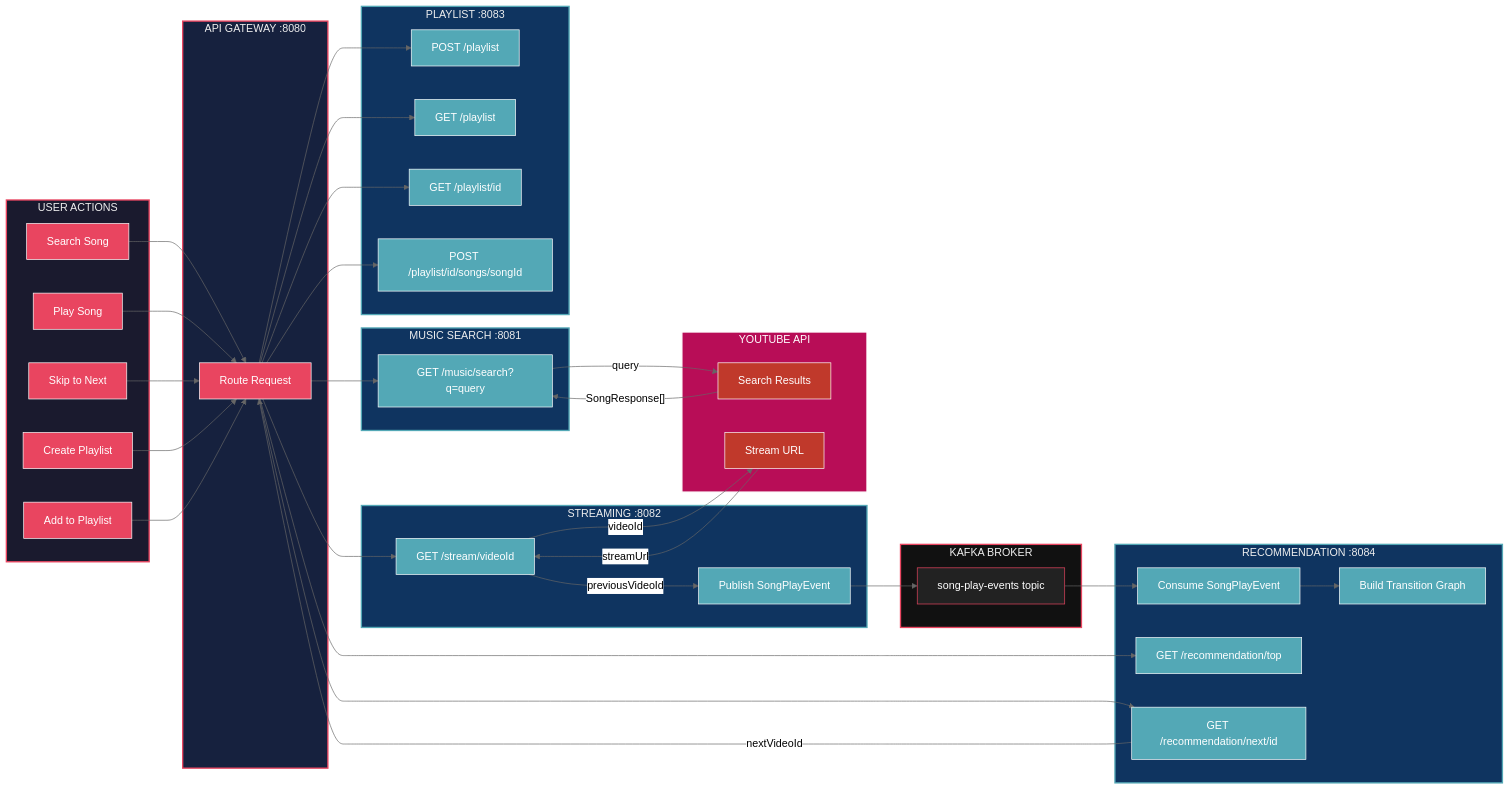
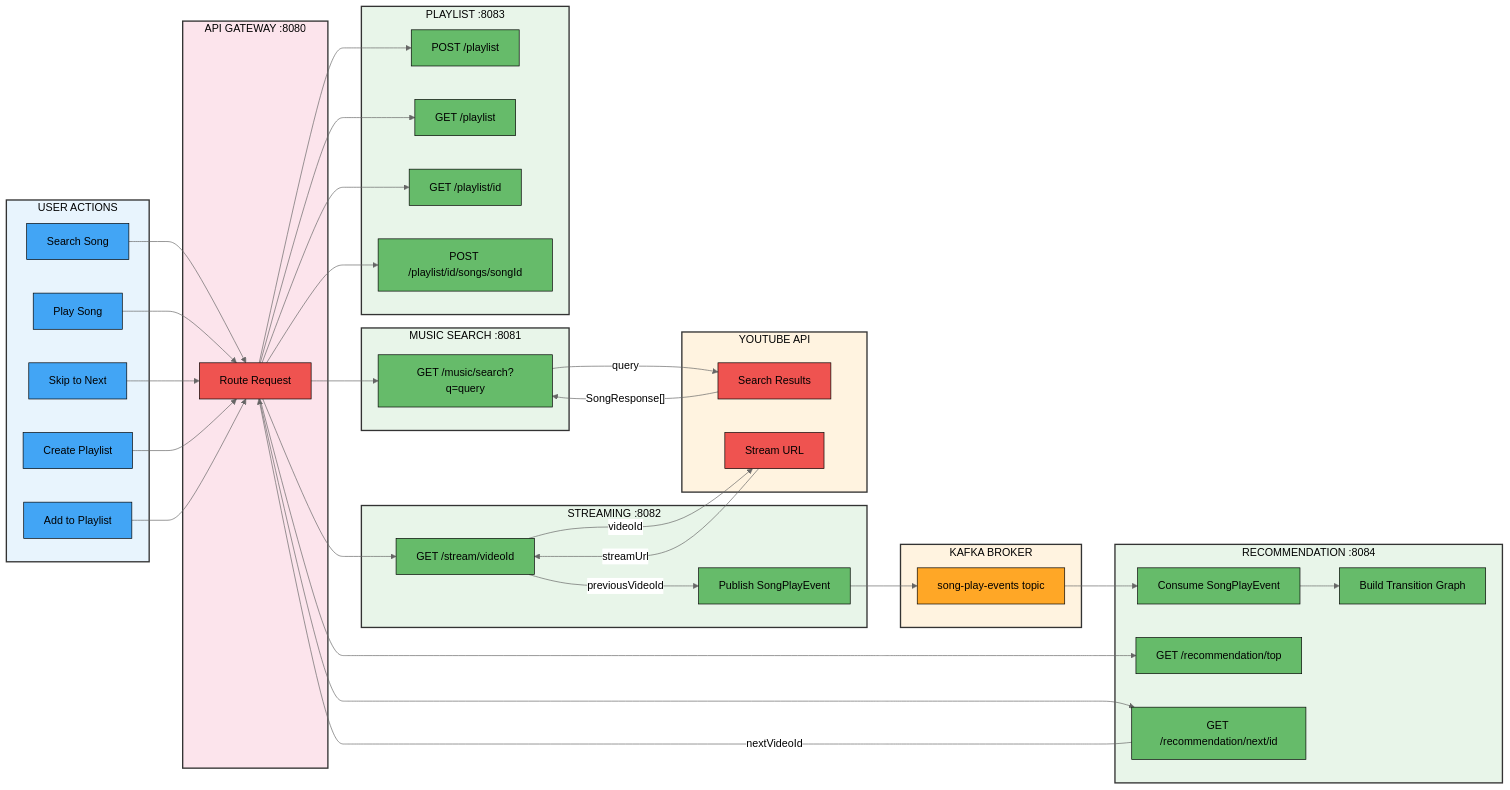
The second of 2 diagrams in README.md (Ankit-Jaipuriar/Harmony-Music-Streaming-Platform), drawn with Mermaid (neutral theme) before and after one commit. The commit also changed other lines of this file, not shown here.

````diff
--- a/README.md
+++ b/README.md
@@ -193,33 +193,33 @@
     G1 --> P2
     G1 --> P3
 
-    style USER fill:#1a1a2e,stroke:#e94560,stroke-width:2px,color:#eee
-    style GATEWAY fill:#16213e,stroke:#e94560,stroke-width:2px,color:#eee
-    style SEARCH fill:#0f3460,stroke:#53a8b6,stroke-width:2px,color:#eee
-    style STREAM fill:#0f3460,stroke:#53a8b6,stroke-width:2px,color:#eee
-    style KAFKA fill:#111,stroke:#e94560,stroke-width:2px,color:#eee
-    style RECOMMEND fill:#0f3460,stroke:#53a8b6,stroke-width:2px,color:#eee
-    style PLAYLIST fill:#0f3460,stroke:#53a8b6,stroke-width:2px,color:#eee
-    style YOUTUBE fill:#b80d57,stroke:#fff,stroke-width:2px,color:#fff
+    style USER fill:#e8f4fd,stroke:#333,stroke-width:2px,color:#000
+    style GATEWAY fill:#fce4ec,stroke:#333,stroke-width:2px,color:#000
+    style SEARCH fill:#e8f5e9,stroke:#333,stroke-width:2px,color:#000
+    style STREAM fill:#e8f5e9,stroke:#333,stroke-width:2px,color:#000
+    style KAFKA fill:#fff3e0,stroke:#333,stroke-width:2px,color:#000
+    style RECOMMEND fill:#e8f5e9,stroke:#333,stroke-width:2px,color:#000
+    style PLAYLIST fill:#e8f5e9,stroke:#333,stroke-width:2px,color:#000
+    style YOUTUBE fill:#fff3e0,stroke:#333,stroke-width:2px,color:#000
 
-    style U1 fill:#e94560,stroke:#fff,stroke-width:1px,color:#fff
-    style U2 fill:#e94560,stroke:#fff,stroke-width:1px,color:#fff
-    style U3 fill:#e94560,stroke:#fff,stroke-width:1px,color:#fff
-    style U4 fill:#e94560,stroke:#fff,stroke-width:1px,color:#fff
-    style U5 fill:#e94560,stroke:#fff,stroke-width:1px,color:#fff
-    style G1 fill:#e94560,stroke:#fff,stroke-width:1px,color:#fff
-    style S1 fill:#53a8b6,stroke:#fff,stroke-width:1px,color:#fff
-    style ST1 fill:#53a8b6,stroke:#fff,stroke-width:1px,color:#fff
-    style ST2 fill:#53a8b6,stroke:#fff,stroke-width:1px,color:#fff
-    style K1 fill:#222,stroke:#e94560,stroke-width:1px,color:#fff
-    style R1 fill:#53a8b6,stroke:#fff,stroke-width:1px,color:#fff
-    style R2 fill:#53a8b6,stroke:#fff,stroke-width:1px,color:#fff
-    style R3 fill:#53a8b6,stroke:#fff,stroke-width:1px,color:#fff
-    style R4 fill:#53a8b6,stroke:#fff,stroke-width:1px,color:#fff
-    style P1 fill:#53a8b6,stroke:#fff,stroke-width:1px,color:#fff
-    style P2 fill:#53a8b6,stroke:#fff,stroke-width:1px,color:#fff
-    style P3 fill:#53a8b6,stroke:#fff,stroke-width:1px,color:#fff
-    style P4 fill:#53a8b6,stroke:#fff,stroke-width:1px,color:#fff
-    style YT1 fill:#c0392b,stroke:#fff,stroke-width:1px,color:#fff
-    style YT2 fill:#c0392b,stroke:#fff,stroke-width:1px,color:#fff
+    style U1 fill:#42a5f5,stroke:#000,stroke-width:1px,color:#000
+    style U2 fill:#42a5f5,stroke:#000,stroke-width:1px,color:#000
+    style U3 fill:#42a5f5,stroke:#000,stroke-width:1px,color:#000
+    style U4 fill:#42a5f5,stroke:#000,stroke-width:1px,color:#000
+    style U5 fill:#42a5f5,stroke:#000,stroke-width:1px,color:#000
+    style G1 fill:#ef5350,stroke:#000,stroke-width:1px,color:#000
+    style S1 fill:#66bb6a,stroke:#000,stroke-width:1px,color:#000
+    style ST1 fill:#66bb6a,stroke:#000,stroke-width:1px,color:#000
+    style ST2 fill:#66bb6a,stroke:#000,stroke-width:1px,color:#000
+    style K1 fill:#ffa726,stroke:#000,stroke-width:1px,color:#000
+    style R1 fill:#66bb6a,stroke:#000,stroke-width:1px,color:#000
+    style R2 fill:#66bb6a,stroke:#000,stroke-width:1px,color:#000
+    style R3 fill:#66bb6a,stroke:#000,stroke-width:1px,color:#000
+    style R4 fill:#66bb6a,stroke:#000,stroke-width:1px,color:#000
+    style P1 fill:#66bb6a,stroke:#000,stroke-width:1px,color:#000
+    style P2 fill:#66bb6a,stroke:#000,stroke-width:1px,color:#000
+    style P3 fill:#66bb6a,stroke:#000,stroke-width:1px,color:#000
+    style P4 fill:#66bb6a,stroke:#000,stroke-width:1px,color:#000
+    style YT1 fill:#ef5350,stroke:#000,stroke-width:1px,color:#000
+    style YT2 fill:#ef5350,stroke:#000,stroke-width:1px,color:#000
 ```
````
